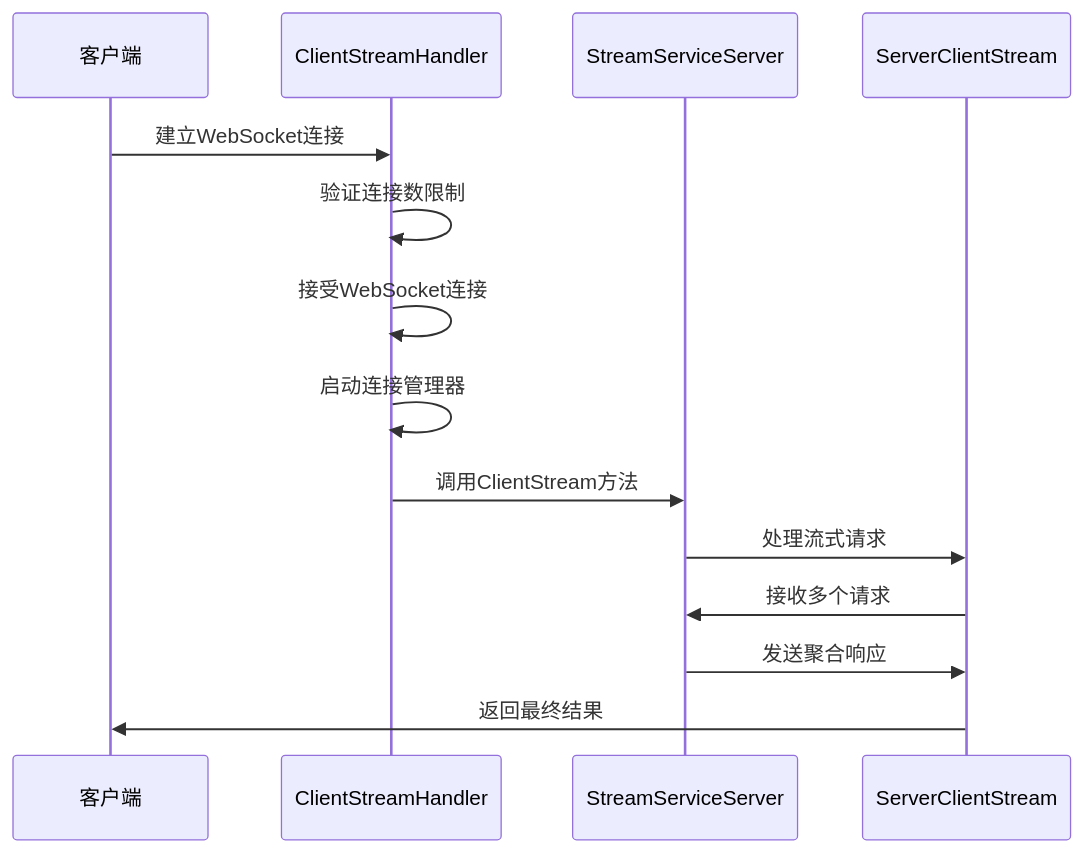
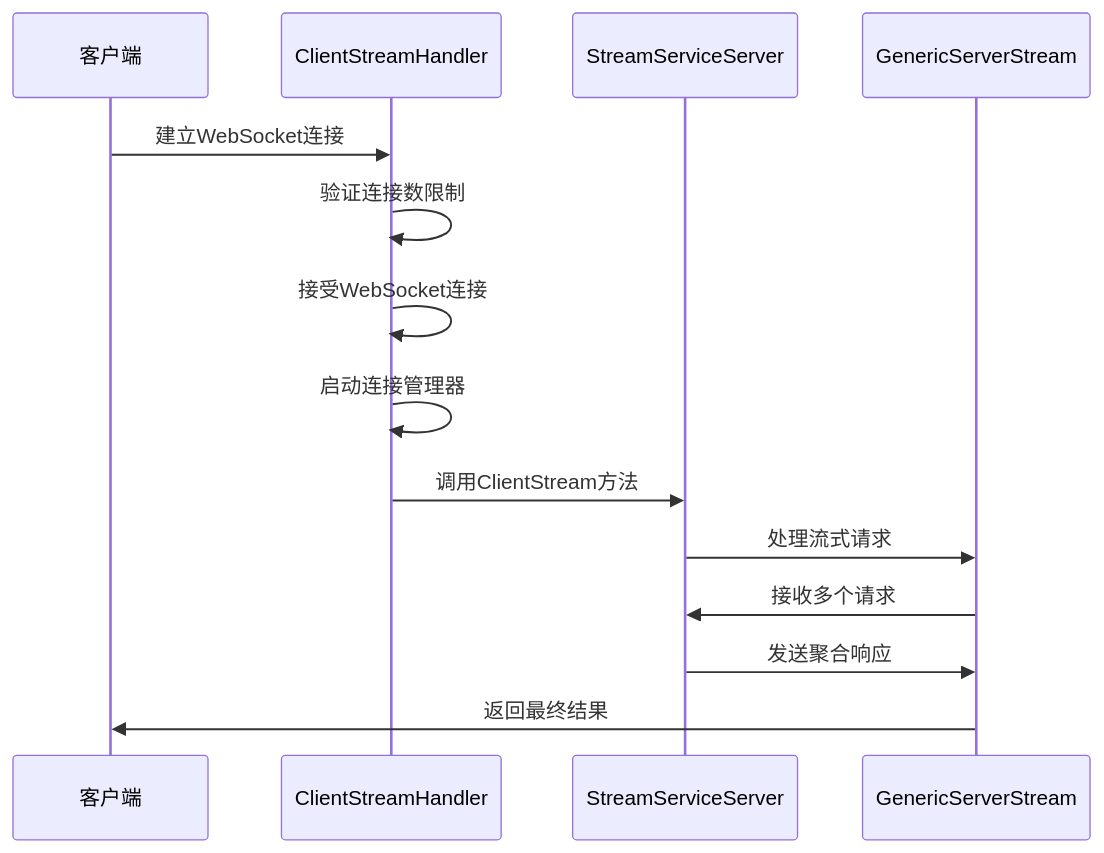
One commit to soyacen/goose changed diagram 12 of 15 in .agents/repowiki/zh/content/示例和最佳实践/WebSocket流式系统.md. Above: the diagram before and after it, drawn with Mermaid. The commit also changed other lines of this file and 7 other files, not shown here.

First line of the commit message:
Refactor WebSocket client and server stream handling

````diff
--- a/.agents/repowiki/zh/content/示例和最佳实践/WebSocket流式系统.md
+++ b/.agents/repowiki/zh/content/示例和最佳实践/WebSocket流式系统.md
@@ -487,16 +507,16 @@
 ```mermaid
 sequenceDiagram
 participant Client as 客户端
 participant Handler as ClientStreamHandler
 participant Service as StreamServiceServer
-participant Stream as ServerClientStream
+participant Stream as GenericServerStream
 Client->>Handler : 建立WebSocket连接
 Handler->>Handler : 验证连接数限制
 Handler->>Handler : 接受WebSocket连接
 Handler->>Handler : 启动连接管理器
 Handler->>Service : 调用ClientStream方法
 Service->>Stream : 处理流式请求
 Stream->>Service : 接收多个请求
 Service->>Stream : 发送聚合响应
 Stream->>Client : 返回最终结果
 ```
````
